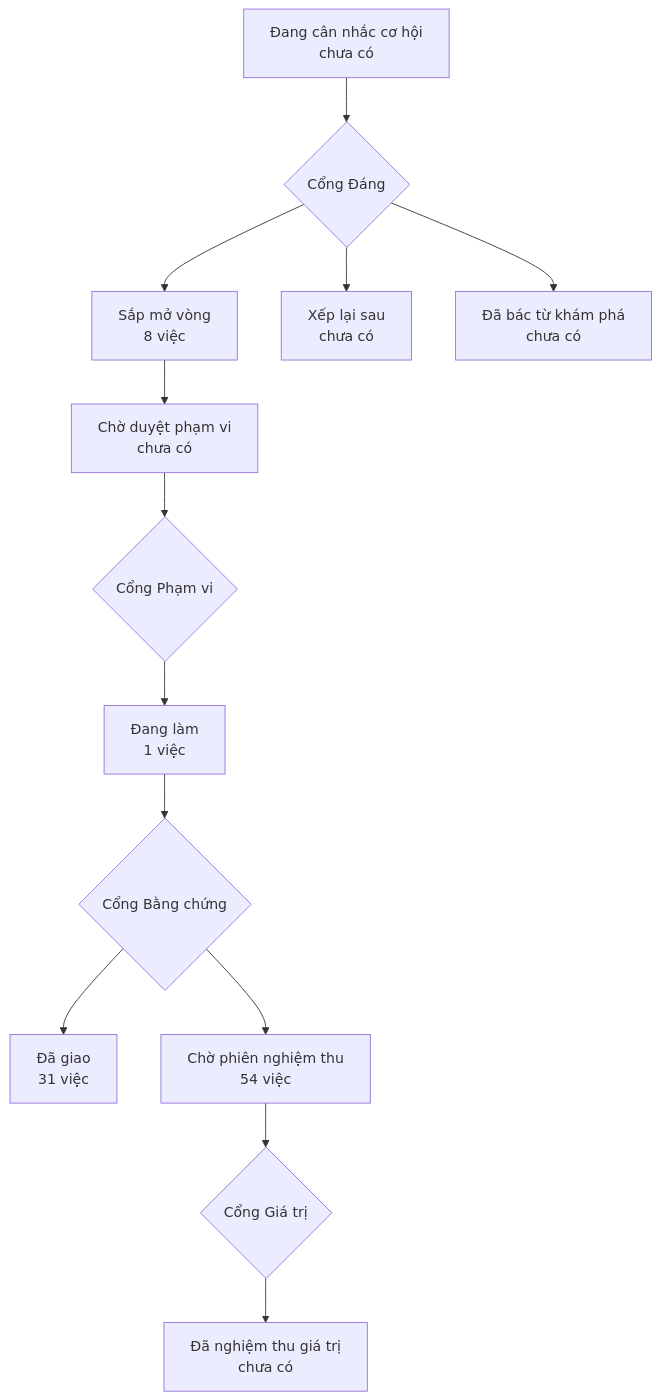
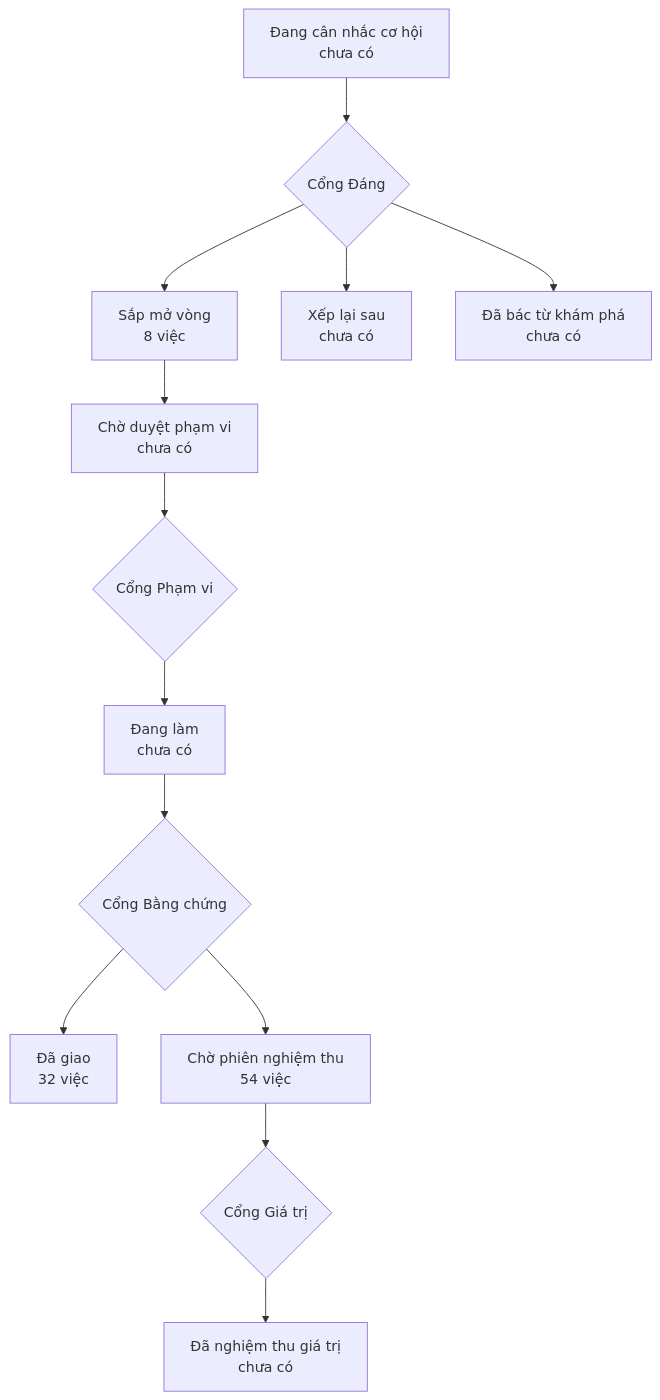
Before and after one commit to phanlemanh/onehub-inventory: the diagram in PRODUCT-MAP.md, drawn with Mermaid. The commit also changed other lines of this file and 4 other files, not shown here.

````diff
--- a/PRODUCT-MAP.md
+++ b/PRODUCT-MAP.md
@@ -7,12 +7,12 @@
 ```mermaid
 flowchart TD
   A["Đang cân nhắc cơ hội<br/>chưa có"] --> GD{"Cổng Đáng"}
   GD --> B["Sắp mở vòng<br/>8 việc"]
   GD --> XL["Xếp lại sau<br/>chưa có"]
   GD --> DB["Đã bác từ khám phá<br/>chưa có"]
   B --> CD["Chờ duyệt phạm vi<br/>chưa có"] --> GP{"Cổng Phạm vi"}
-  GP --> DL["Đang làm<br/>1 việc"] --> GB{"Cổng Bằng chứng"}
-  GB --> DG["Đã giao<br/>31 việc"]
+  GP --> DL["Đang làm<br/>chưa có"] --> GB{"Cổng Bằng chứng"}
+  GB --> DG["Đã giao<br/>32 việc"]
   GB --> CN["Chờ phiên nghiệm thu<br/>54 việc"] --> GG{"Cổng Giá trị"}
   GG --> NT["Đã nghiệm thu giá trị<br/>chưa có"]
 ```
````
